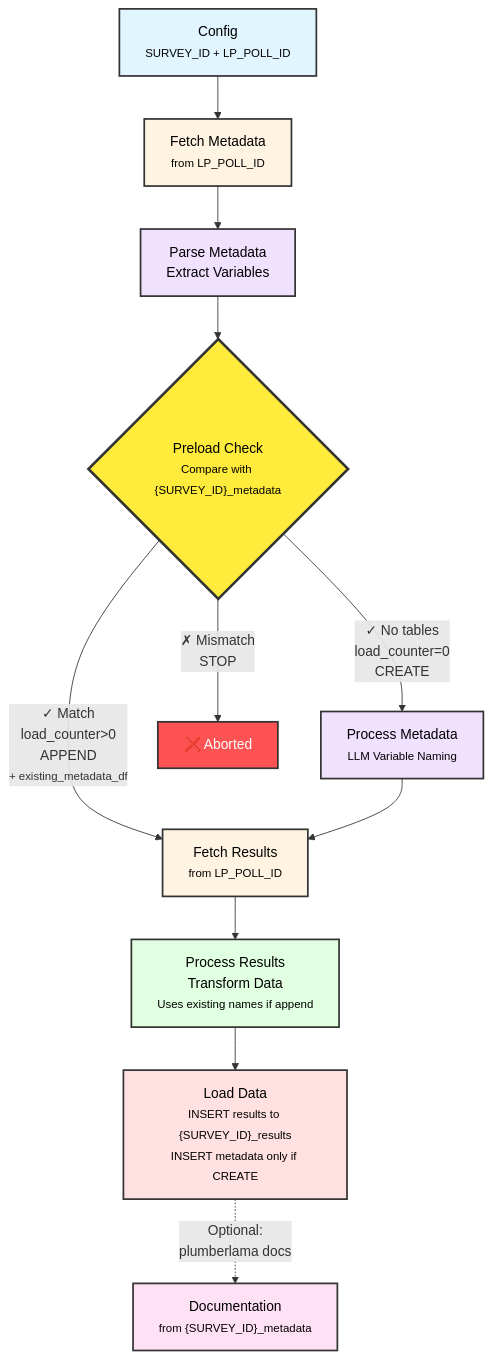
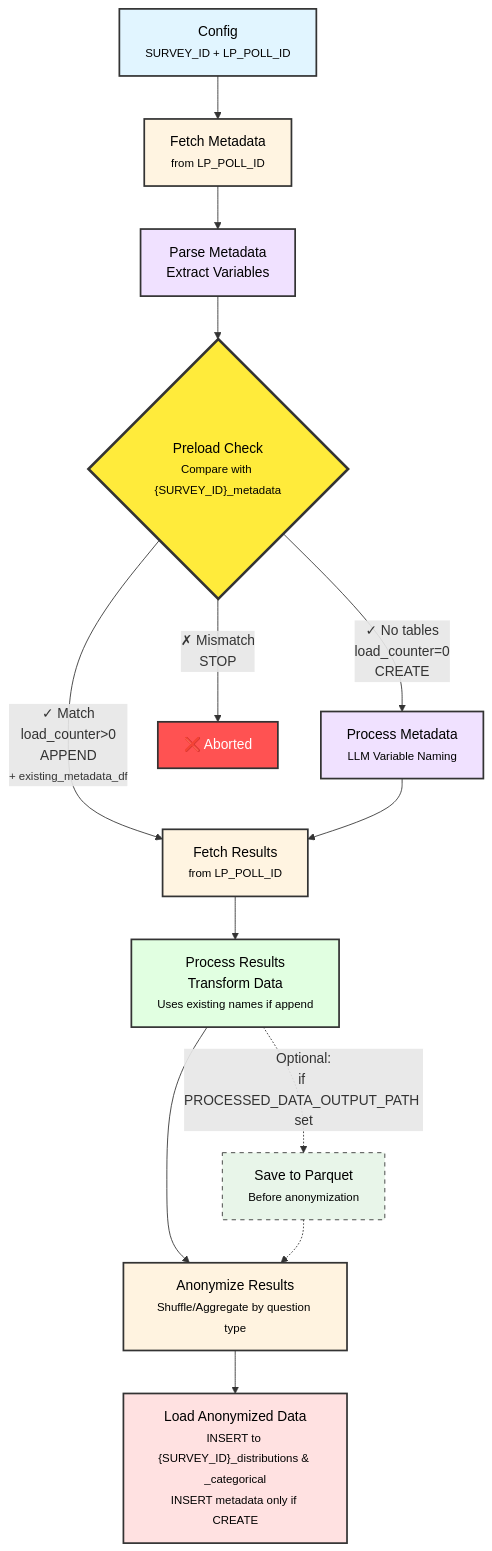
Before and after one commit to CorrelAid/plumberlama: the diagram in README.md, drawn with Mermaid. The commit also changed other lines of this file and 30 other files, not shown here.

````diff
--- a/README.md
+++ b/README.md
@@ -143,33 +130,37 @@
 ```mermaid
 flowchart TD
     Config["Config<br/><small>SURVEY_ID + LP_POLL_ID</small>"]
 
     Config --> FetchMeta["Fetch Metadata<br/><small>from LP_POLL_ID</small>"]
 
     FetchMeta --> ParseMeta[Parse Metadata<br/>Extract Variables]
 
     ParseMeta --> PreloadCheck{"Preload Check<br/><small>Compare with {SURVEY_ID}_metadata</small>"}
 
     PreloadCheck -->|"✓ No tables<br/>load_counter=0<br/>CREATE"| ProcessMeta["Process Metadata<br/><small>LLM Variable Naming</small>"]
     PreloadCheck -->|"✓ Match<br/>load_counter>0<br/>APPEND<br/><small>+ existing_metadata_df</small>"| FetchResults["Fetch Results<br/><small>from LP_POLL_ID</small>"]
     PreloadCheck -->|"✗ Mismatch<br/>STOP"| Stop["❌ Aborted<br/>"]
 
     ProcessMeta --> FetchResults
 
     FetchResults --> ProcessResults["Process Results<br/>Transform Data<br/><small>Uses existing names if append</small>"]
 
-    ProcessResults --> LoadData["Load Data<br/><small>INSERT results to {SURVEY_ID}_results<br/>INSERT metadata only if CREATE</small>"]
+    ProcessResults -.->|"Optional:<br/>if PROCESSED_DATA_OUTPUT_PATH set"| SaveParquet["Save to Parquet<br/><small>Before anonymization</small>"]
 
-    LoadData -.->|Optional:<br/>plumberlama docs| Document["Documentation<br/><small>from {SURVEY_ID}_metadata</small>"]
+    ProcessResults --> Anonymize["Anonymize Results<br/><small>Shuffle/Aggregate by question type</small>"]
+    SaveParquet -.-> Anonymize
+
+    Anonymize --> LoadData["Load Anonymized Data<br/><small>INSERT to {SURVEY_ID}_distributions & _categorical<br/>INSERT metadata only if CREATE</small>"]
 
     style Config fill:#e1f5ff,stroke:#333,stroke-width:2px,color:#000
     style FetchMeta fill:#fff4e1,stroke:#333,stroke-width:2px,color:#000
     style FetchResults fill:#fff4e1,stroke:#333,stroke-width:2px,color:#000
     style ParseMeta fill:#f0e1ff,stroke:#333,stroke-width:2px,color:#000
     style ProcessMeta fill:#f0e1ff,stroke:#333,stroke-width:2px,color:#000
     style PreloadCheck fill:#ffeb3b,stroke:#333,stroke-width:3px,color:#000
     style ProcessResults fill:#e1ffe1,stroke:#333,stroke-width:2px,color:#000
+    style SaveParquet fill:#e8f5e9,stroke:#333,stroke-width:1px,stroke-dasharray: 5 5,color:#000
+    style Anonymize fill:#fff3e0,stroke:#333,stroke-width:2px,color:#000
     style LoadData fill:#ffe1e1,stroke:#333,stroke-width:2px,color:#000
-    style Document fill:#ffe1f5,stroke:#333,stroke-width:2px,color:#000
     style Stop fill:#ff5252,stroke:#333,stroke-width:2px,color:#fff
 ```
````
